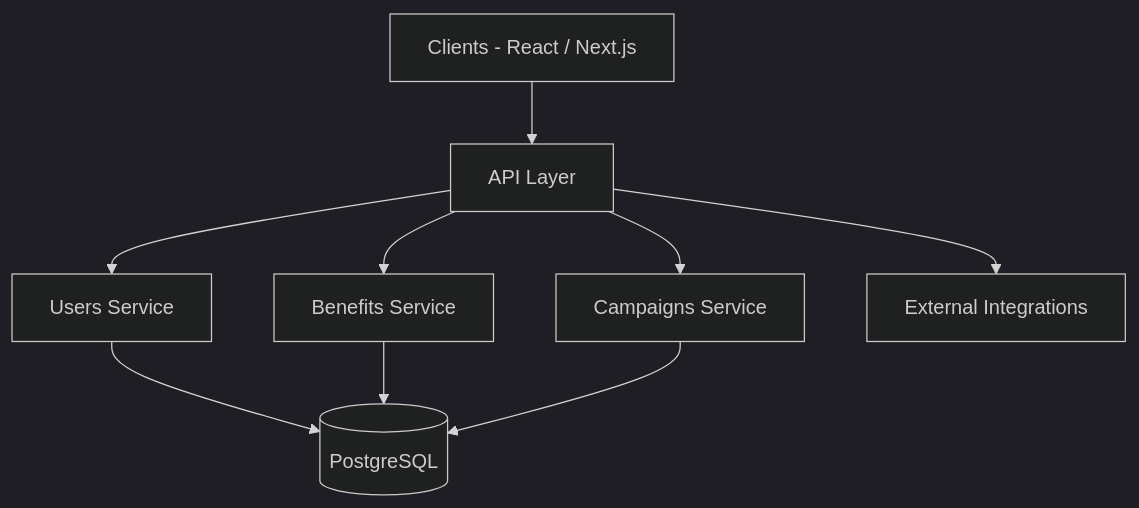
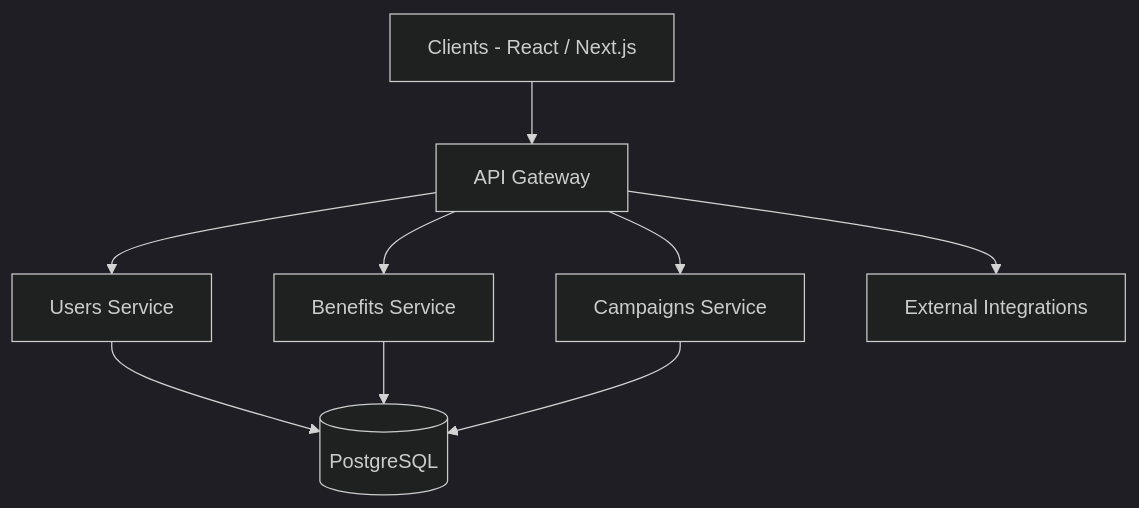
The diagram in diagrams/README.md (dmjacas/danier-marante-portfolio), drawn with Mermaid (dark theme) before and after one commit. The commit also changed other lines of this file and 4 other files, not shown here.

````diff
--- a/diagrams/README.md
+++ b/diagrams/README.md
@@ -25,11 +25,11 @@
 ```mermaid
 flowchart TD
-    Users[Clients - React / Next.js] --> API[API Layer]
+    Users[Clients - React / Next.js] --> API[API Gateway]
     API --> UsersService[Users Service]
     API --> BenefitsService[Benefits Service]
     API --> CampaignsService[Campaigns Service]
     UsersService --> PostgreSQL[(PostgreSQL)]
     BenefitsService --> PostgreSQL
     CampaignsService --> PostgreSQL
     API --> External[External Integrations]
 ```
````
